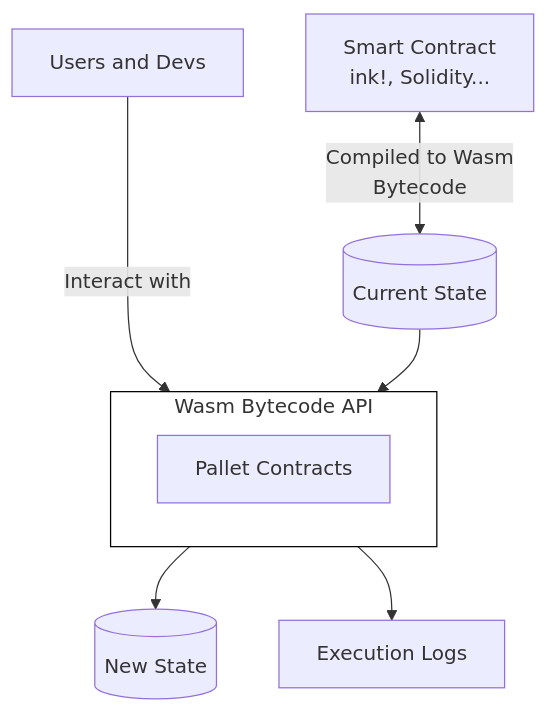
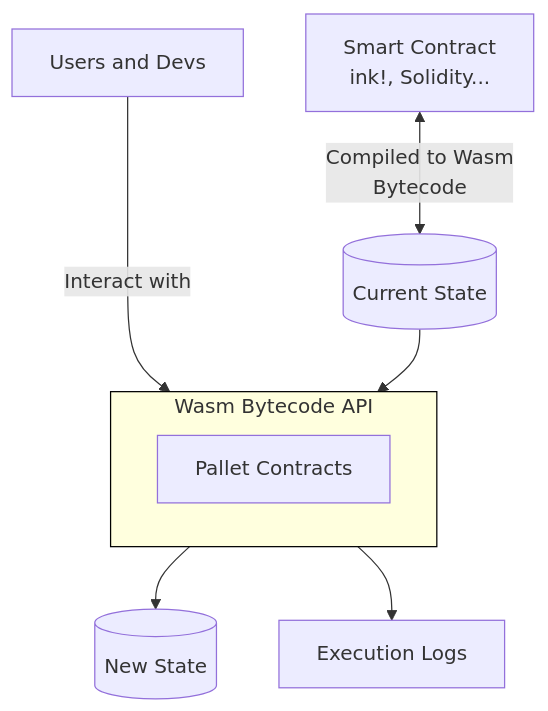
One commit to polkadot-developers/polkadot-docs changed the fourth of 4 diagrams in polkadot-protocol/smart-contract-basics/overview.md. Above: the diagram before and after it, drawn with Mermaid. The commit also changed other lines of this file and 4 other files, not shown here.

````diff
--- a/polkadot-protocol/smart-contract-basics/overview.md
+++ b/polkadot-protocol/smart-contract-basics/overview.md
@@ -130,19 +130,19 @@
 ``` mermaid
 flowchart TD
     
     subgraph A[Wasm Bytecode API]
         C[Pallet Contracts]
     end
 
     B[Users and Devs] -- Interact with ---> A
     
     D[(Current State)]
 
     E[Smart Contract<br/>ink!, Solidity...] <-->|Compiled to Wasm<br/>Bytecode| D
 
     D --> A
     A --> F[(New State)]
     A --> G[Execution Logs]
 
-    style A fill:#ffffff,stroke:#000000,stroke-width:1px
+    style A stroke:#000000,stroke-width:1px
 ```
````
